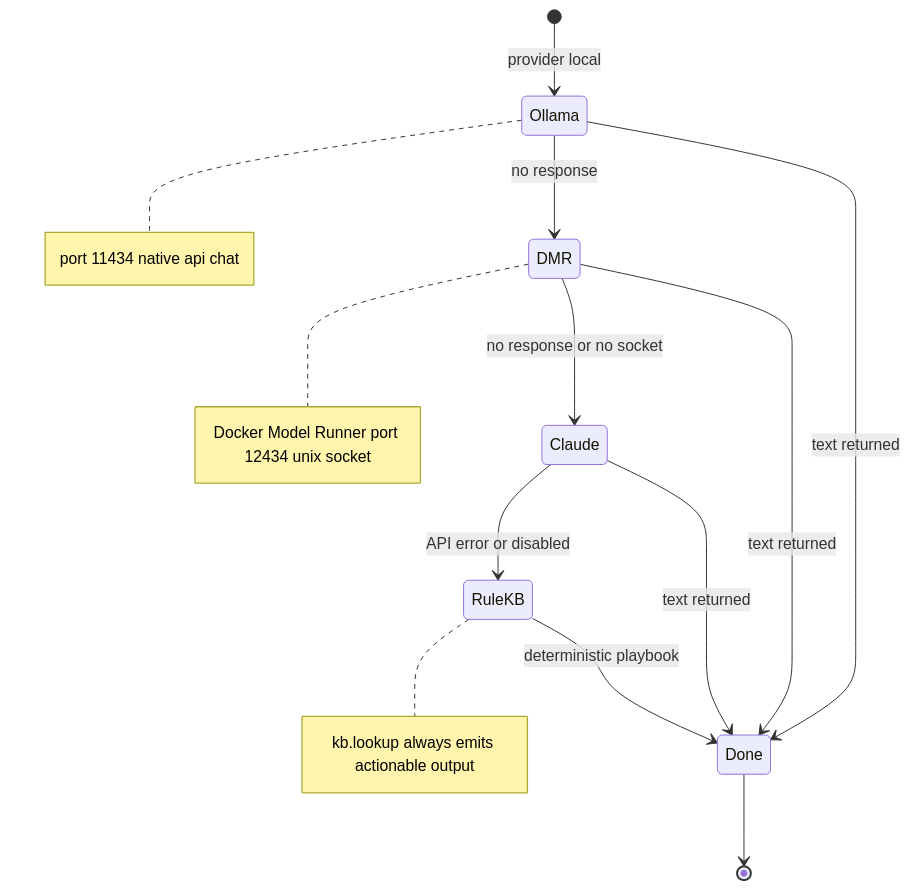
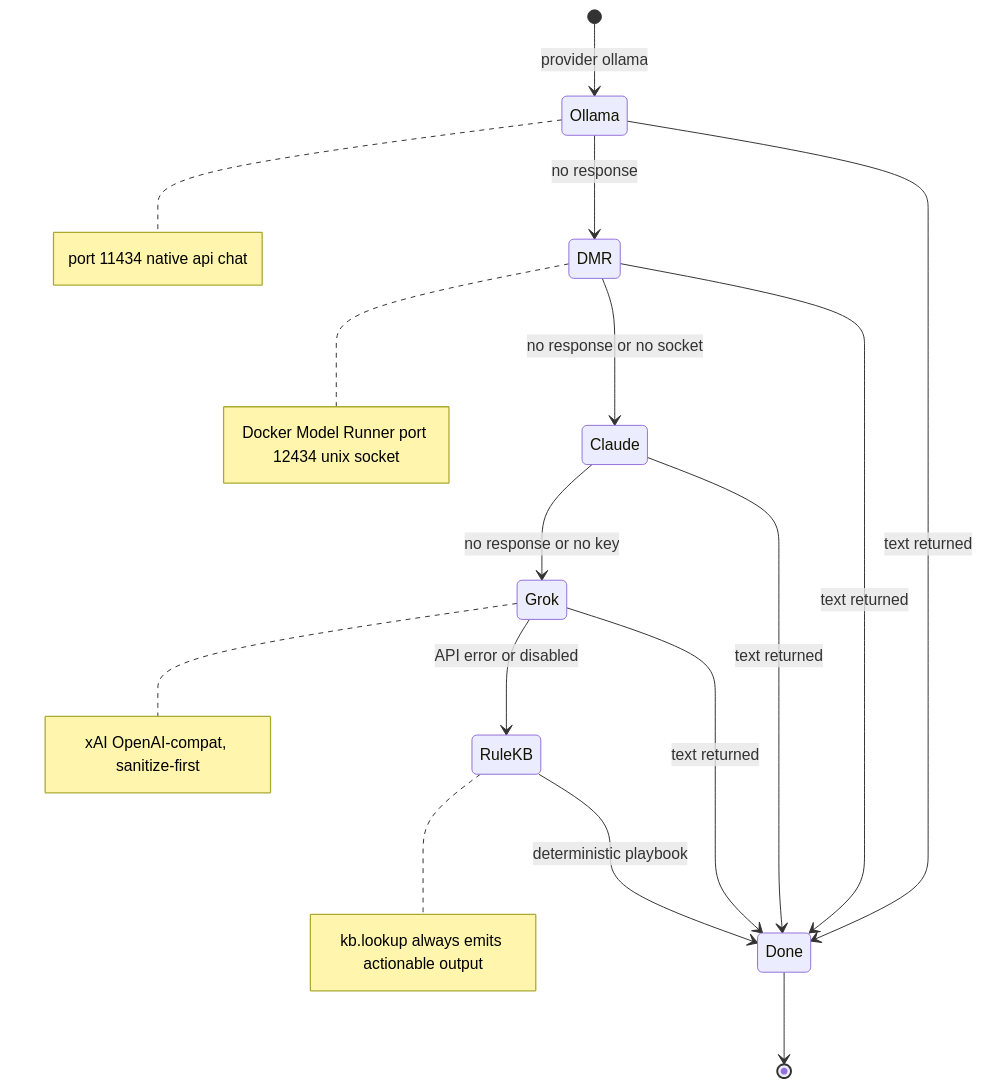
One commit to gesh75/netlog-ai changed the fifth of 7 diagrams in docs/ARCHITECTURE.md. Above: the diagram before and after it, drawn with Mermaid. The commit also changed other lines of this file and 5 other files, not shown here.

````diff
--- a/docs/ARCHITECTURE.md
+++ b/docs/ARCHITECTURE.md
@@ -207,18 +214,21 @@
 ```mermaid
 stateDiagram-v2
-    [*] --> Ollama: provider local
+    [*] --> Ollama: provider ollama
     Ollama --> DMR: no response
     DMR --> Claude: no response or no socket
-    Claude --> RuleKB: API error or disabled
+    Claude --> Grok: no response or no key
+    Grok --> RuleKB: API error or disabled
 
     Ollama --> Done: text returned
     DMR --> Done: text returned
     Claude --> Done: text returned
+    Grok --> Done: text returned
     RuleKB --> Done: deterministic playbook
 
     Done --> [*]
 
     note right of Ollama : port 11434 native api chat
     note right of DMR : Docker Model Runner port 12434 unix socket
+    note right of Grok : xAI OpenAI-compat, sanitize-first
     note right of RuleKB : kb.lookup always emits actionable output
 ```
````
